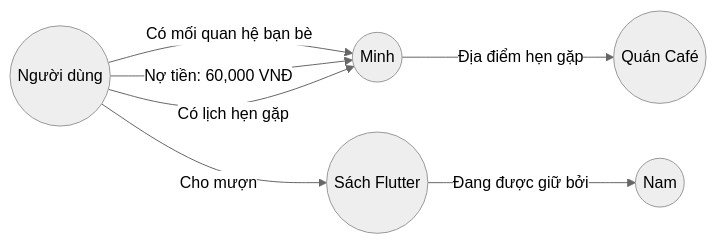
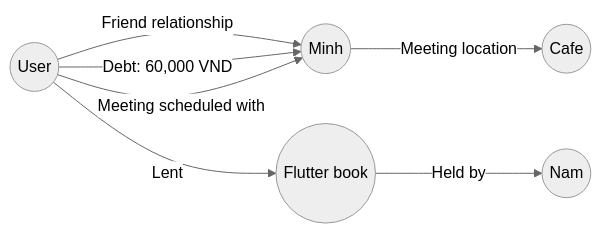
Before and after one commit to mcscoder/ai-voice-first: the diagram in report/chuong_3/page_6_10.md, drawn with Mermaid (neutral theme). The commit also changed other lines of this file and 17 other files, not shown here.

````diff
--- a/report/chuong_3/page_6_10.md
+++ b/report/chuong_3/page_6_10.md
@@ -23,15 +23,15 @@
 ```mermaid
 graph LR
-    User((Người dùng))
+    User((User))
     Minh((Minh))
     Nam((Nam))
-    Book((Sách Flutter))
-    Cafe((Quán Café))
+    Book((Flutter book))
+    Cafe((Cafe))
 
-    User -->|Có mối quan hệ bạn bè| Minh
-    User -->|Cho mượn| Book
-    Book -->|Đang được giữ bởi| Nam
-    User -->|Nợ tiền: 60,000 VNĐ| Minh
-    User -->|Có lịch hẹn gặp| Minh
-    Minh -->|Địa điểm hẹn gặp| Cafe
+    User -->|Friend relationship| Minh
+    User -->|Lent| Book
+    Book -->|Held by| Nam
+    User -->|Debt: 60,000 VND| Minh
+    User -->|Meeting scheduled with| Minh
+    Minh -->|Meeting location| Cafe
 ```
````
